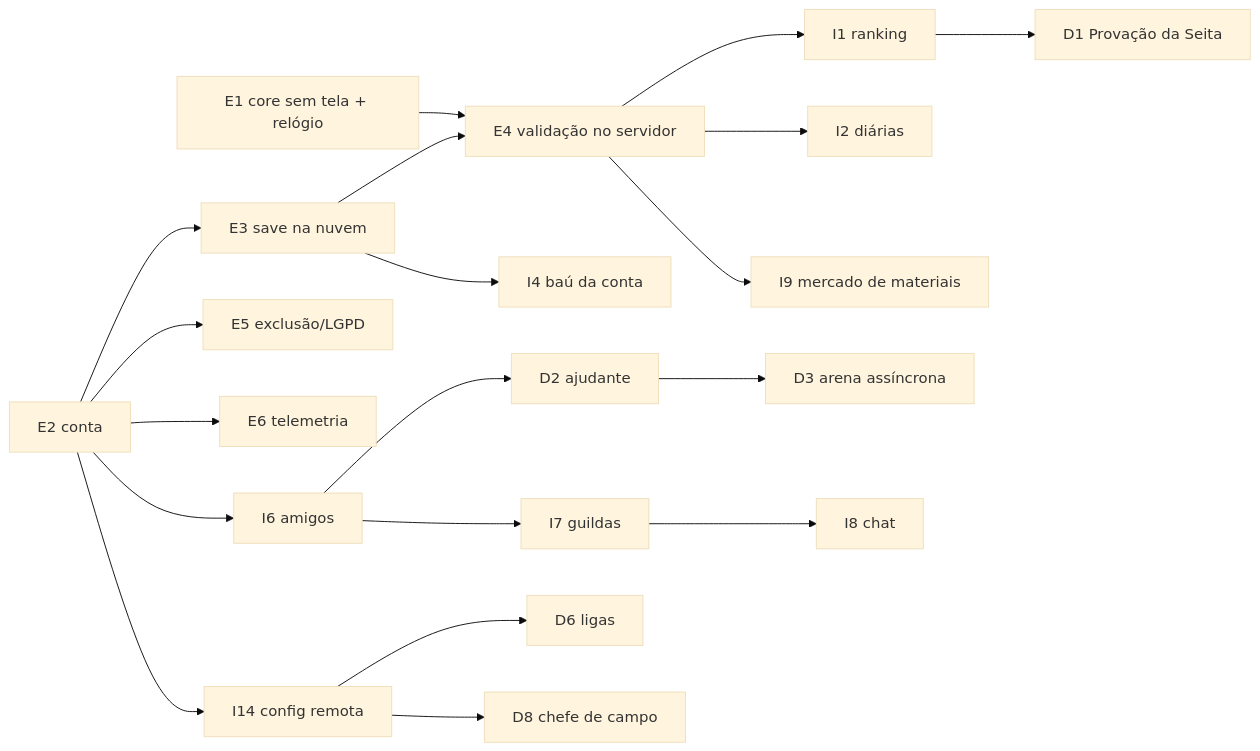
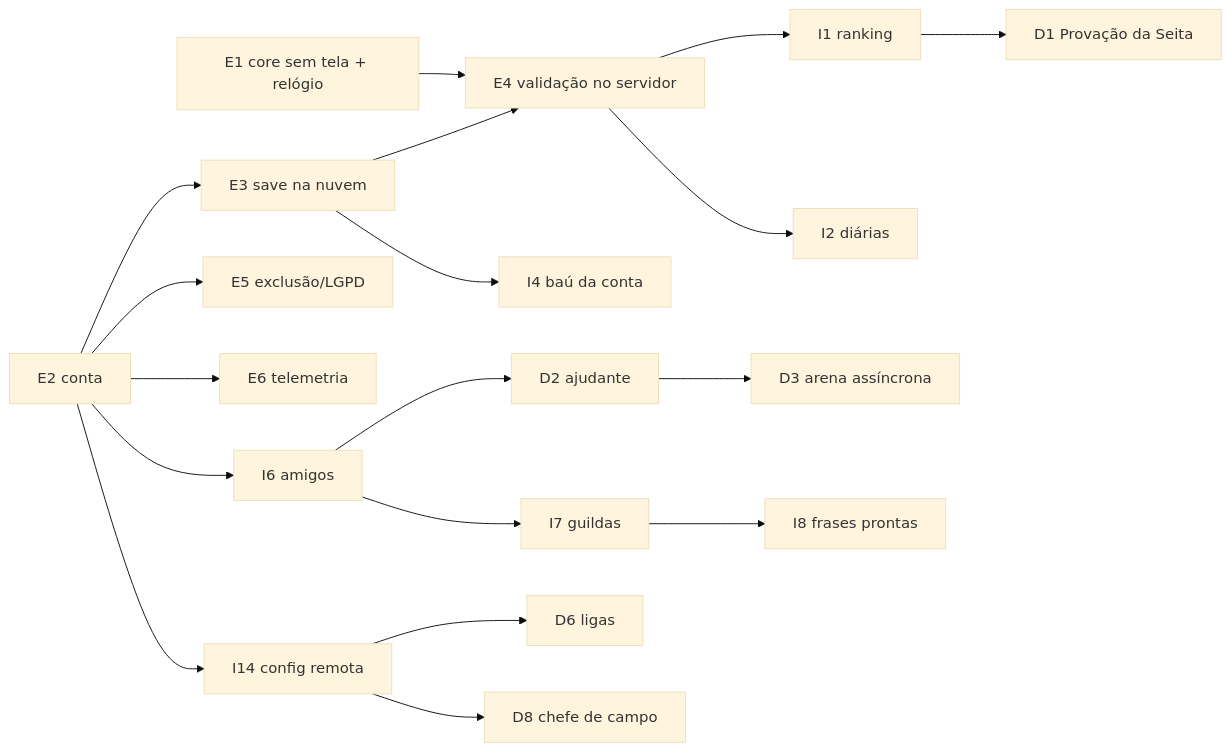
Before and after one commit to Flushin/rpg-wuxia: the diagram in docs/roadmap/03-lacunas.md, drawn with Mermaid (base theme). The commit also changed other lines of this file and 5 other files, not shown here.

First line of the commit message:
Roadmap: premissa de solo dev sem experiência de loja, com a IA fazendo quase tudo

````diff
--- a/docs/roadmap/03-lacunas.md
+++ b/docs/roadmap/03-lacunas.md
@@ -119,14 +144,13 @@
 ```mermaid
 flowchart LR
   E1[E1 core sem tela + relógio] --> E4[E4 validação no servidor]
   E2[E2 conta] --> E3[E3 save na nuvem] --> E4
   E2 --> E5[E5 exclusão/LGPD]
   E2 --> E6[E6 telemetria]
   E3 --> I4[I4 baú da conta]
   E4 --> I1[I1 ranking] --> D1[D1 Provação da Seita]
   E4 --> I2[I2 diárias]
   E2 --> I6[I6 amigos] --> D2[D2 ajudante] --> D3[D3 arena assíncrona]
-  I6 --> I7[I7 guildas] --> I8[I8 chat]
-  E4 --> I9[I9 mercado de materiais]
+  I6 --> I7[I7 guildas] --> I8[I8 frases prontas]
   E2 --> I14[I14 config remota] --> D6[D6 ligas] & D8[D8 chefe de campo]
 ```
````
